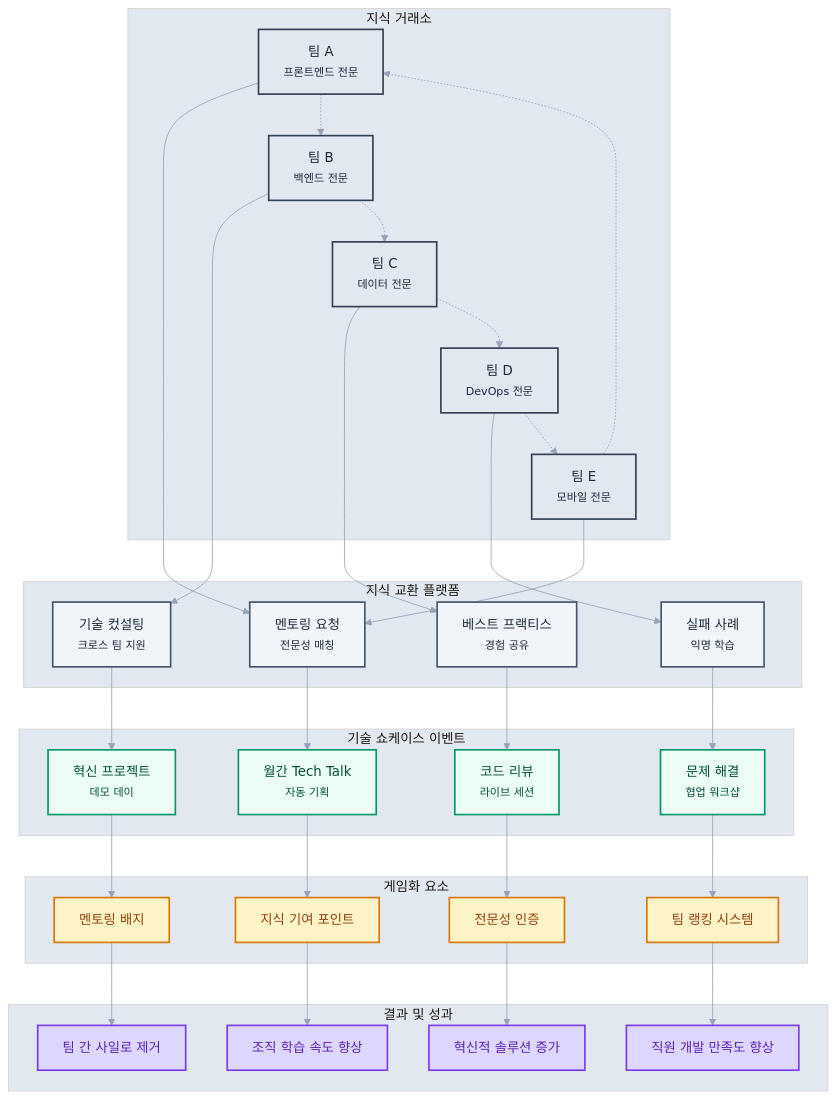
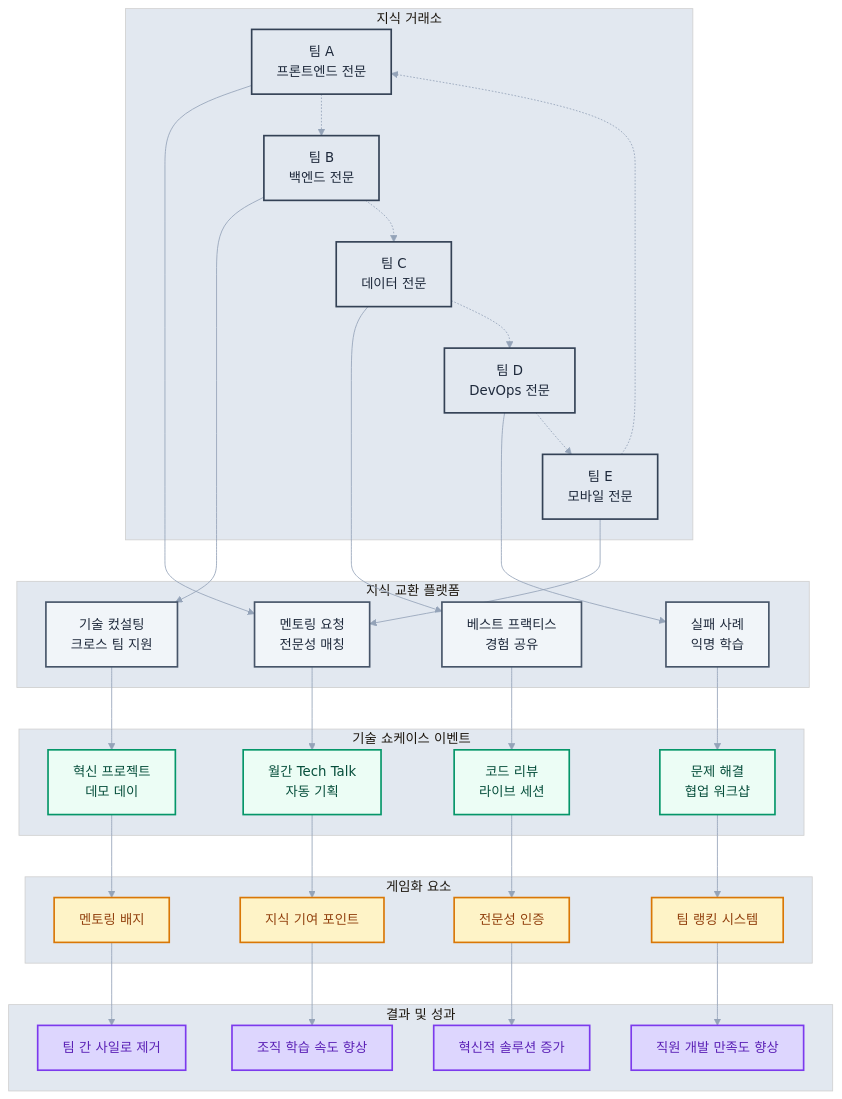
Before and after one commit to revfactory/claude-code-mastering: the seventh of 7 diagrams in book/12-chapter12.md, drawn with Mermaid. The commit also changed other lines of this file and 10 other files, not shown here.

First line of the commit message:
fix: 챕터 2-13 Mermaid 다이어그램 텍스트 렌더링 최적화

````diff
--- a/book/12-chapter12.md
+++ b/book/12-chapter12.md
@@ -1287,78 +1287,78 @@
 ```mermaid
 %%{init: {"theme": "base", "themeVariables": {"primaryColor": "#f8fafc", "primaryTextColor": "#1e293b", "primaryBorderColor": "#e2e8f0", "lineColor": "#94a3b8", "secondaryColor": "#f1f5f9", "tertiaryColor": "#e2e8f0"}}}%%
 graph TB
     subgraph exchange [지식 거래소]
-        A[팀 A<br/><small>프론트엔드 전문</small>]
-        B[팀 B<br/><small>백엔드 전문</small>]
-        C[팀 C<br/><small>데이터 전문</small>]
-        D[팀 D<br/><small>DevOps 전문</small>]
-        E[팀 E<br/><small>모바일 전문</small>]
+        A[팀 A<br/>프론트엔드 전문]
+        B[팀 B<br/>백엔드 전문]
+        C[팀 C<br/>데이터 전문]
+        D[팀 D<br/>DevOps 전문]
+        E[팀 E<br/>모바일 전문]
     end
     
     subgraph platform [지식 교환 플랫폼]
-        F[멘토링 요청<br/><small>전문성 매칭</small>]
-        G[기술 컸설팅<br/><small>크로스 팀 지원</small>]
-        H[베스트 프랙티스<br/><small>경험 공유</small>]
-        I[실패 사례<br/><small>익명 학습</small>]
+        F[멘토링 요청<br/>전문성 매칭]
+        G[기술 컸설팅<br/>크로스 팀 지원]
+        H[베스트 프랙티스<br/>경험 공유]
+        I[실패 사례<br/>익명 학습]
     end
     
     subgraph events [기술 쇼케이스 이벤트]
-        J[월간 Tech Talk<br/><small>자동 기획</small>]
-        K[혁신 프로젝트<br/><small>데모 데이</small>]
-        L[코드 리뷰<br/><small>라이브 세션</small>]
-        M[문제 해결<br/><small>협업 워크샵</small>]
+        J[월간 Tech Talk<br/>자동 기획]
+        K[혁신 프로젝트<br/>데모 데이]
+        L[코드 리뷰<br/>라이브 세션]
+        M[문제 해결<br/>협업 워크샵]
     end
     
     subgraph gamification [게임화 요소]
         N[지식 기여 포인트]
         O[멘토링 배지]
         P[전문성 인증]
         Q[팀 랭킹 시스템]
     end
     
     subgraph outcomes [결과 및 성과]
         R[조직 학습 속도 향상]
         S[팀 간 사일로 제거]
         T[혁신적 솔루션 증가]
         U[직원 개발 만족도 향상]
     end
     
     A --> F
     B --> G
     C --> H
     D --> I
     E --> F
     
     F --> J
     G --> K
     H --> L
     I --> M
     
     J --> N
     K --> O
     L --> P
     M --> Q
     
     N --> R
     O --> S
     P --> T
     Q --> U
     
     A -.-> B
     B -.-> C
     C -.-> D
     D -.-> E
     E -.-> A
     
     classDef teamStyle fill:#e2e8f0,stroke:#334155,stroke-width:2px,color:#1e293b
     classDef platformStyle fill:#f1f5f9,stroke:#475569,stroke-width:2px,color:#1e293b
     classDef eventStyle fill:#ecfdf5,stroke:#059669,stroke-width:2px,color:#064e3b
     classDef gameStyle fill:#fef3c7,stroke:#d97706,stroke-width:2px,color:#92400e
     classDef outcomeStyle fill:#ddd6fe,stroke:#7c3aed,stroke-width:2px,color:#5b21b6
     
     class A,B,C,D,E teamStyle
     class F,G,H,I platformStyle
     class J,K,L,M eventStyle
     class N,O,P,Q gameStyle
     class R,S,T,U outcomeStyle
 ```
````
